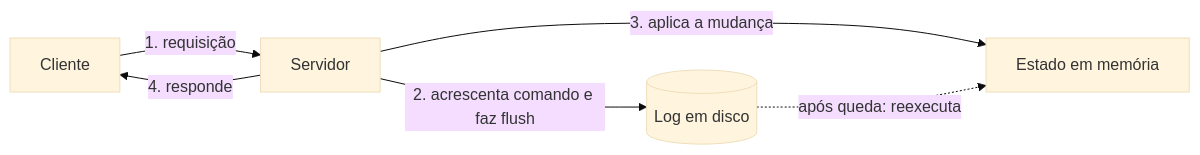
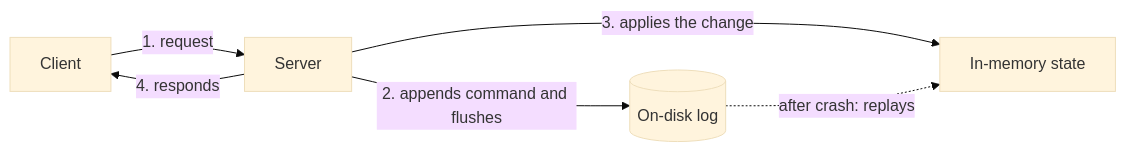
One commit to alancesar/design-patterns changed the diagram in docs/architecture/distributed-systems/data-replication/write-ahead-log.md. Above: the diagram before and after it, drawn with Mermaid (base theme). The commit also changed 258 other files, not shown here.

First line of the commit message:
Translate Mermaid diagrams to English

````diff
--- a/docs/architecture/distributed-systems/data-replication/write-ahead-log.md
+++ b/docs/architecture/distributed-systems/data-replication/write-ahead-log.md
@@ -56,8 +56,8 @@
 ```mermaid
 flowchart LR
-    C["Cliente"] -->|"1. requisição"| S["Servidor"]
-    S -->|"2. acrescenta comando e faz flush"| L[("Log em disco")]
-    S -->|"3. aplica a mudança"| M["Estado em memória"]
-    S -->|"4. responde"| C
-    L -.->|"após queda: reexecuta"| M
+    C["Client"] -->|"1. request"| S["Server"]
+    S -->|"2. appends command and flushes"| L[("On-disk log")]
+    S -->|"3. applies the change"| M["In-memory state"]
+    S -->|"4. responds"| C
+    L -.->|"after crash: replays"| M
 ```
````
